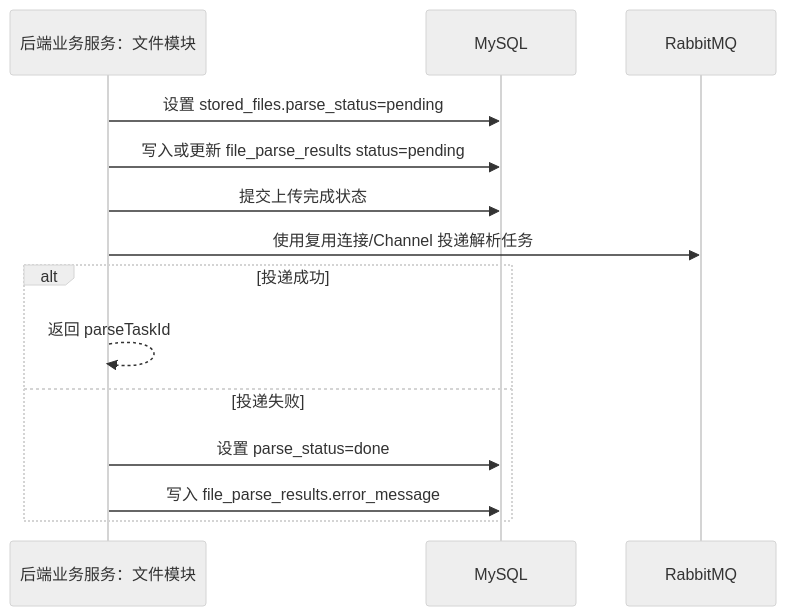
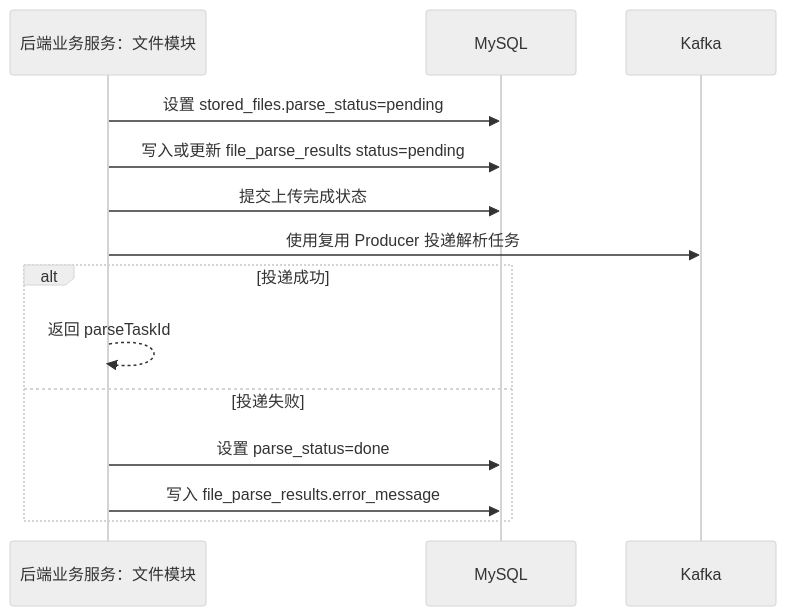
Before and after one commit to hwb-321/ZlibSE: the first of 3 diagrams in document/模块图表/06-异步解析模块.md, drawn with Mermaid (neutral theme). The commit also changed other lines of this file and 12 other files, not shown here.

````diff
--- a/document/模块图表/06-异步解析模块.md
+++ b/document/模块图表/06-异步解析模块.md
@@ -5,17 +5,17 @@
 ```mermaid
 sequenceDiagram
     participant API as 后端业务服务：文件模块
     participant DB as MySQL
-    participant MQ as RabbitMQ
+    participant MQ as Kafka
 
     API->>DB: 设置 stored_files.parse_status=pending
     API->>DB: 写入或更新 file_parse_results status=pending
     API->>DB: 提交上传完成状态
-    API->>MQ: 使用复用连接/Channel 投递解析任务
+    API->>MQ: 使用复用 Producer 投递解析任务
     alt 投递成功
         API-->>API: 返回 parseTaskId
     else 投递失败
         API->>DB: 设置 parse_status=done
         API->>DB: 写入 file_parse_results.error_message
     end
 ```
````
